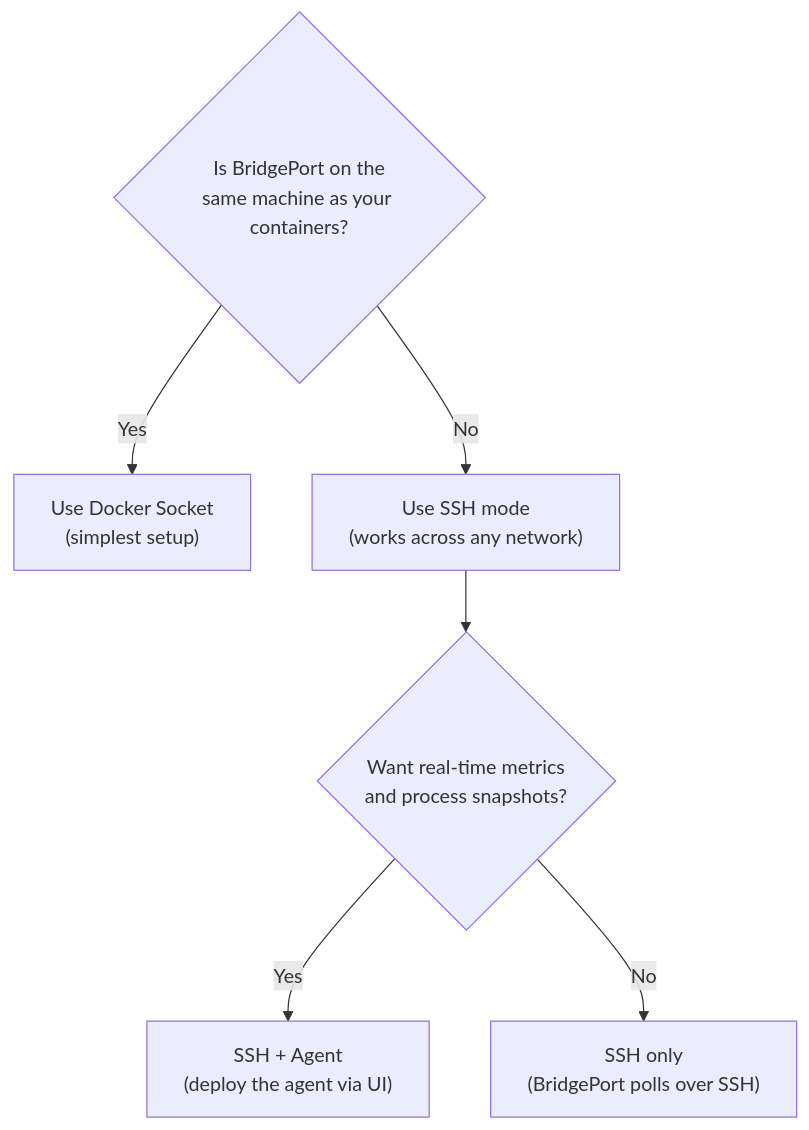
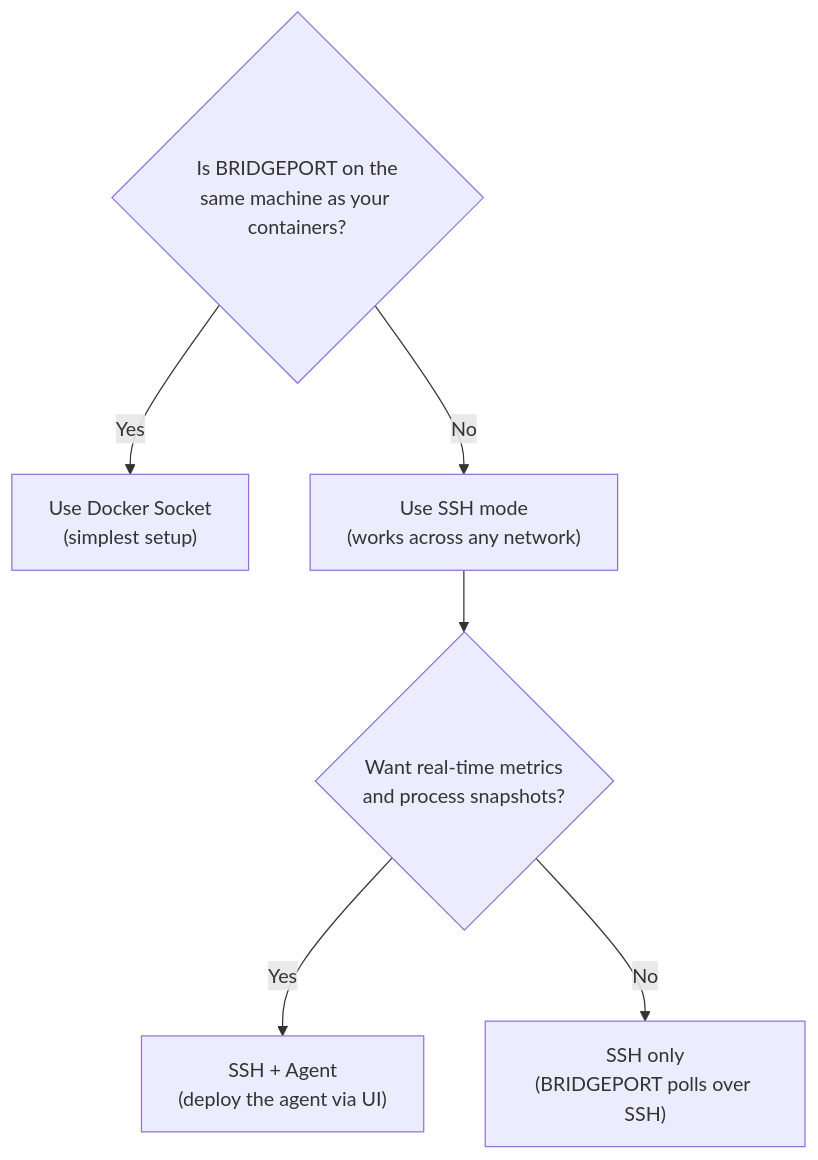
One commit to bridgeinpt/bridgeport changed the diagram in docs/installation.md. Above: the diagram before and after it, drawn with Mermaid. The commit also changed other lines of this file and 94 other files, not shown here.

````diff
--- a/docs/installation.md
+++ b/docs/installation.md
@@ -264,9 +264,9 @@
 ```mermaid
 flowchart TD
-    Q{"Is BridgePort on the<br/>same machine as your containers?"}
+    Q{"Is BRIDGEPORT on the<br/>same machine as your containers?"}
     Q -->|Yes| Socket["Use Docker Socket<br/>(simplest setup)"]
     Q -->|No| SSH["Use SSH mode<br/>(works across any network)"]
     SSH --> Agent{"Want real-time metrics<br/>and process snapshots?"}
     Agent -->|Yes| SSHAgent["SSH + Agent<br/>(deploy the agent via UI)"]
-    Agent -->|No| SSHOnly["SSH only<br/>(BridgePort polls over SSH)"]
+    Agent -->|No| SSHOnly["SSH only<br/>(BRIDGEPORT polls over SSH)"]
 ```
````
